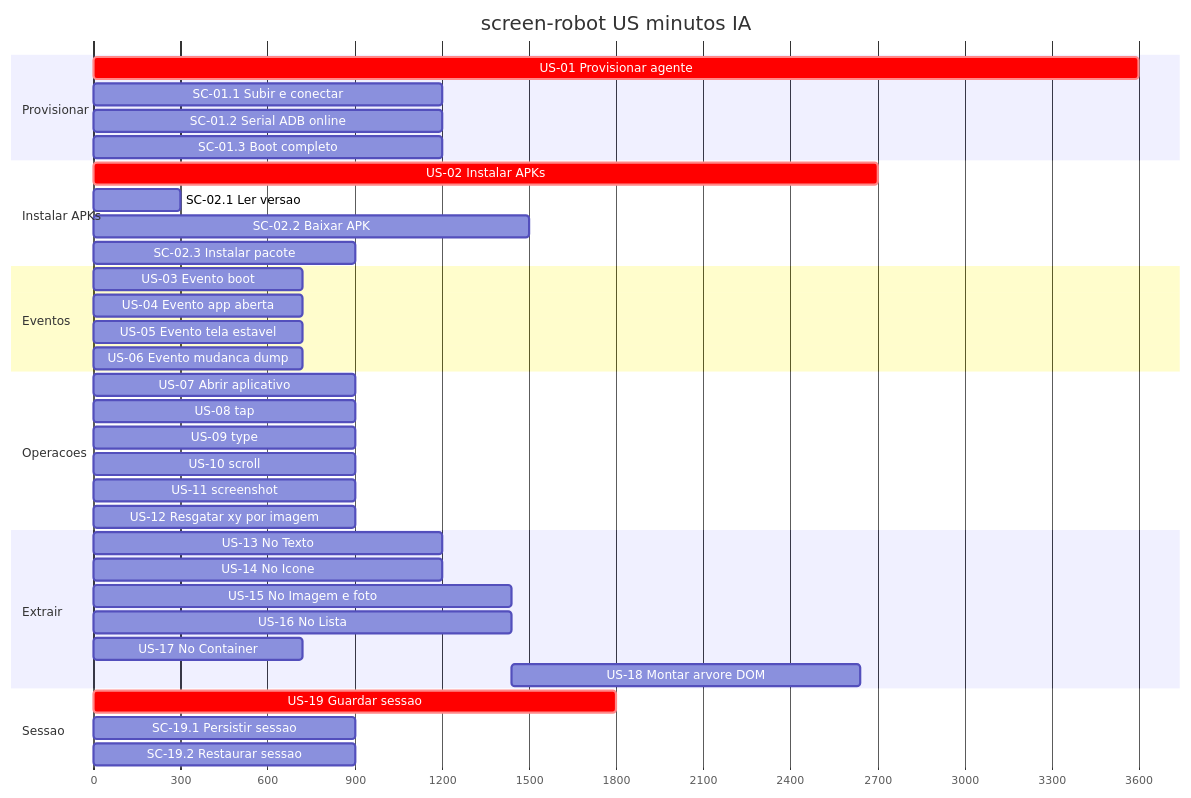
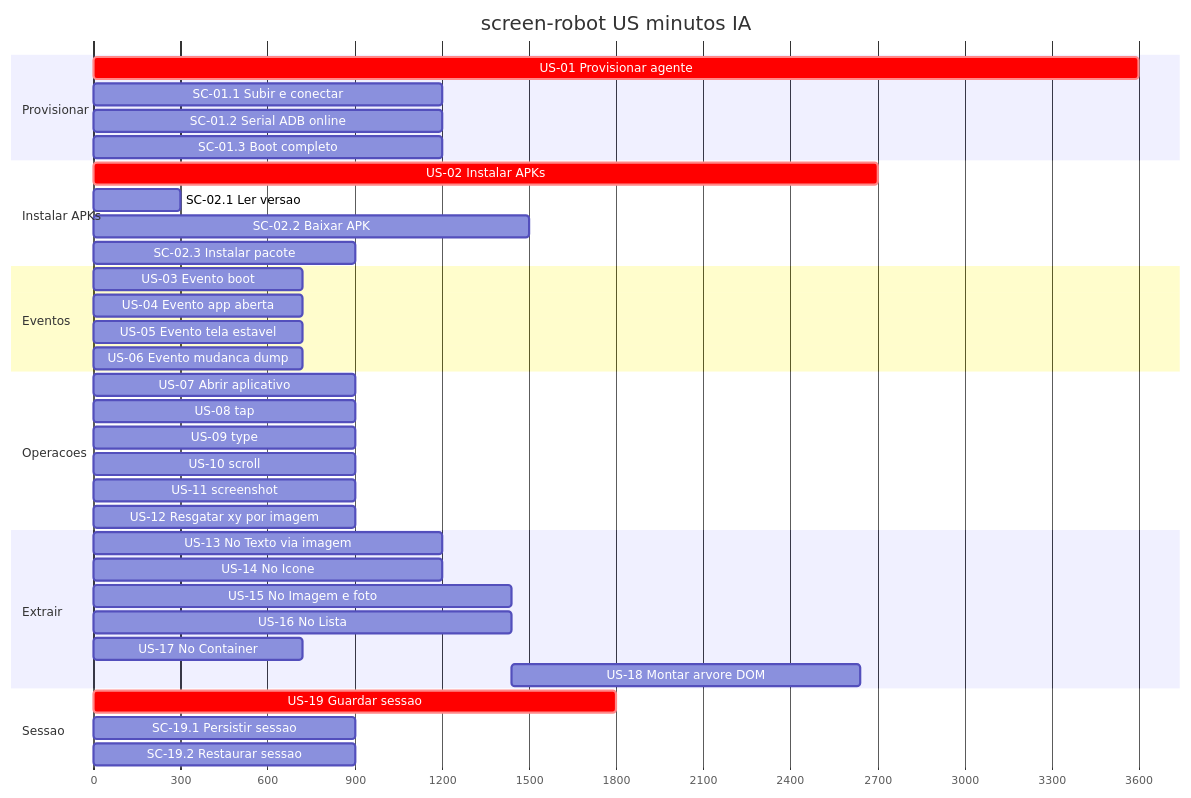
Before and after one commit to laerciogermano/workstation: the first of 2 diagrams in core/tasks/README.md, drawn with Mermaid. The commit also changed other lines of this file and 2 other files, not shown here.

Commit message:
Deixa explícito na US-13 que a extração de texto parte de uma imagem da tela.

````diff
--- a/core/tasks/README.md
+++ b/core/tasks/README.md
@@ -56,45 +56,45 @@
 ```mermaid
 gantt
   title screen-robot US minutos IA
   dateFormat X
   axisFormat %s
 
   section Provisionar
   US-01 Provisionar agente         :crit, p0, 0, 60m
   SC-01.1 Subir e conectar         :p1, 0, 20m
   SC-01.2 Serial ADB online        :p2, 0, 20m
   SC-01.3 Boot completo            :p3, 0, 20m
 
   section Instalar APKs
   US-02 Instalar APKs              :crit, i0, 0, 45m
   SC-02.1 Ler versao               :i1, 0, 5m
   SC-02.2 Baixar APK               :i2, 0, 25m
   SC-02.3 Instalar pacote          :i3, 0, 15m
 
   section Eventos
   US-03 Evento boot                :e1, 0, 12m
   US-04 Evento app aberta          :e2, 0, 12m
   US-05 Evento tela estavel        :e3, 0, 12m
   US-06 Evento mudanca dump        :e4, 0, 12m
 
   section Operacoes
   US-07 Abrir aplicativo           :o1, 0, 15m
   US-08 tap                        :o2, 0, 15m
   US-09 type                       :o3, 0, 15m
   US-10 scroll                     :o4, 0, 15m
   US-11 screenshot                 :o5, 0, 15m
   US-12 Resgatar xy por imagem     :o6, 0, 15m
 
   section Extrair
-  US-13 No Texto                   :x1, 0, 20m
+  US-13 No Texto via imagem        :x1, 0, 20m
   US-14 No Icone                   :x2, 0, 20m
   US-15 No Imagem e foto           :x3, 0, 24m
   US-16 No Lista                   :x4, 0, 24m
   US-17 No Container               :x5, 0, 12m
   US-18 Montar arvore DOM          :x6, after x3, 20m
 
   section Sessao
   US-19 Guardar sessao             :crit, s0, 0, 30m
   SC-19.1 Persistir sessao         :s1, 0, 15m
   SC-19.2 Restaurar sessao         :s2, 0, 15m
 ```
````
